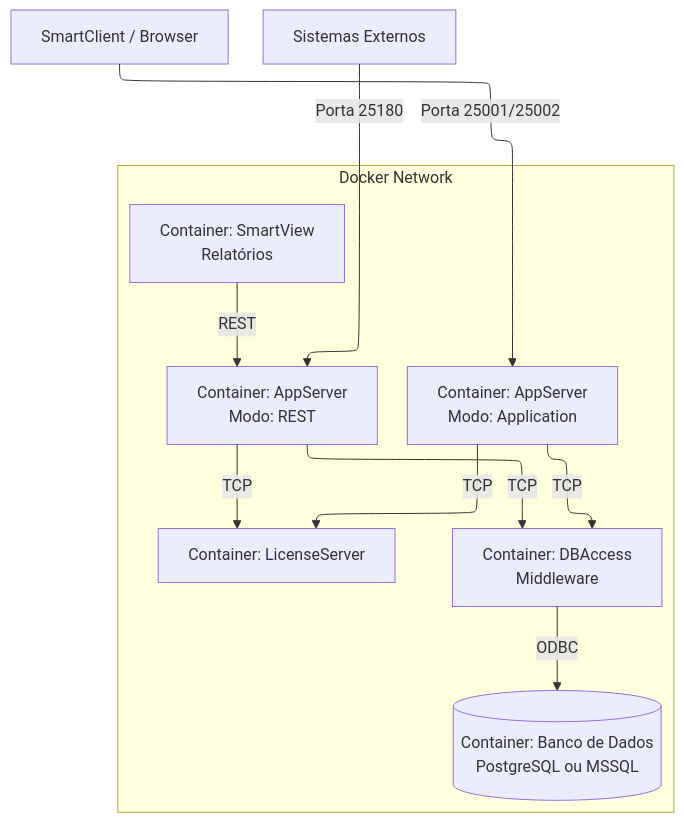
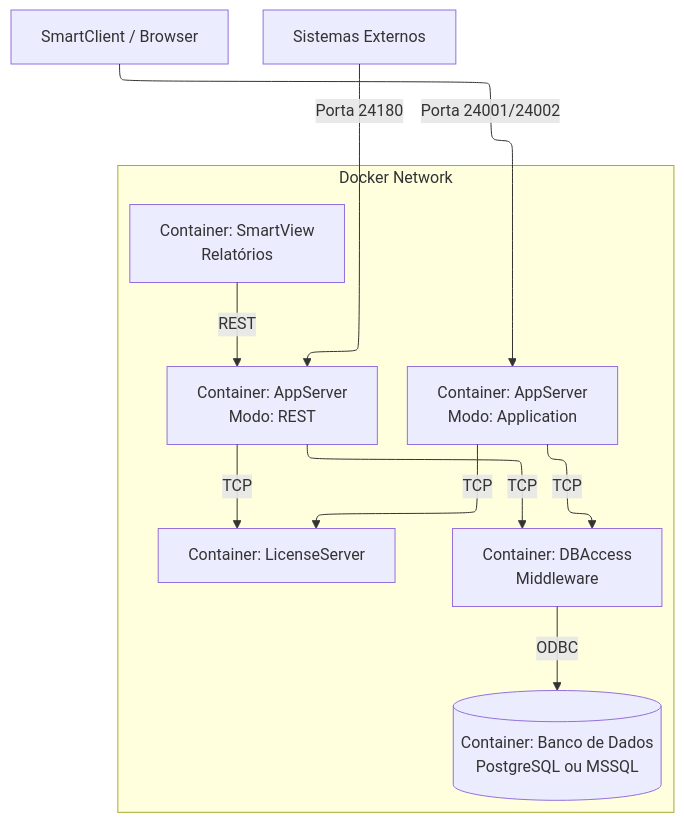
The diagram in docs/v1.0/02_Arquitetura.md (juliansantosinfo/TOTVS-Protheus-in-Docker), drawn with Mermaid before and after one commit. The commit also changed other lines of this file and 82 other files, not shown here.

````diff
--- a/docs/v1.0/02_Arquitetura.md
+++ b/docs/v1.0/02_Arquitetura.md
@@ -9,21 +9,21 @@
 ```mermaid
 ---
 config:
   layout: elk
 ---
 flowchart TB
  subgraph subGraph0["Docker Network"]
         AppServer["Container: AppServer<br>Modo: Application"]
         AppRest["Container: AppServer<br>Modo: REST"]
         SmartView["Container: SmartView<br>Relatórios"]
         DBAccess["Container: DBAccess<br>Middleware"]
         License["Container: LicenseServer"]
         Database[("Container: Banco de Dados<br>PostgreSQL ou MSSQL")]
   end
-    Client["SmartClient / Browser"] -- Porta 25001/25002 --> AppServer
-    ExtSystem["Sistemas Externos"] -- Porta 25180 --> AppRest
+    Client["SmartClient / Browser"] -- Porta 24001/24002 --> AppServer
+    ExtSystem["Sistemas Externos"] -- Porta 24180 --> AppRest
     AppServer -- TCP --> DBAccess & License
     AppRest -- TCP --> DBAccess & License
     SmartView -- REST --> AppRest
     DBAccess -- ODBC --> Database
 ```
````
